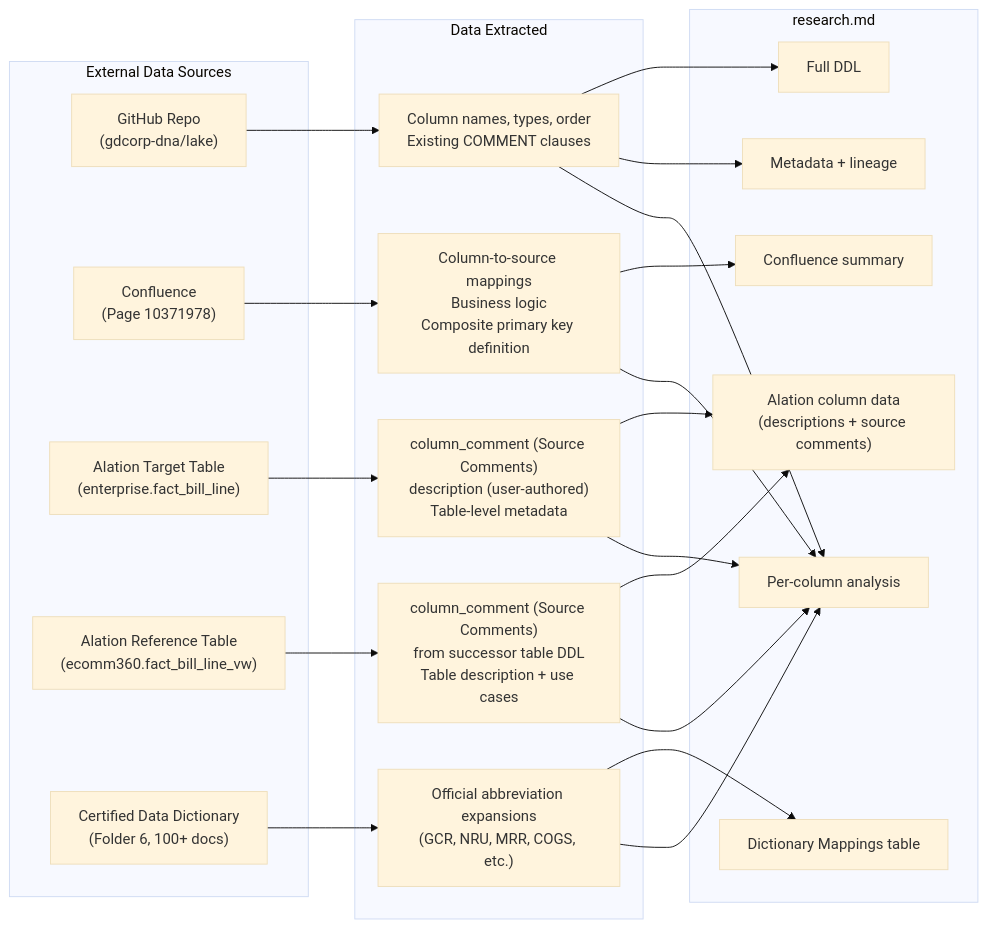
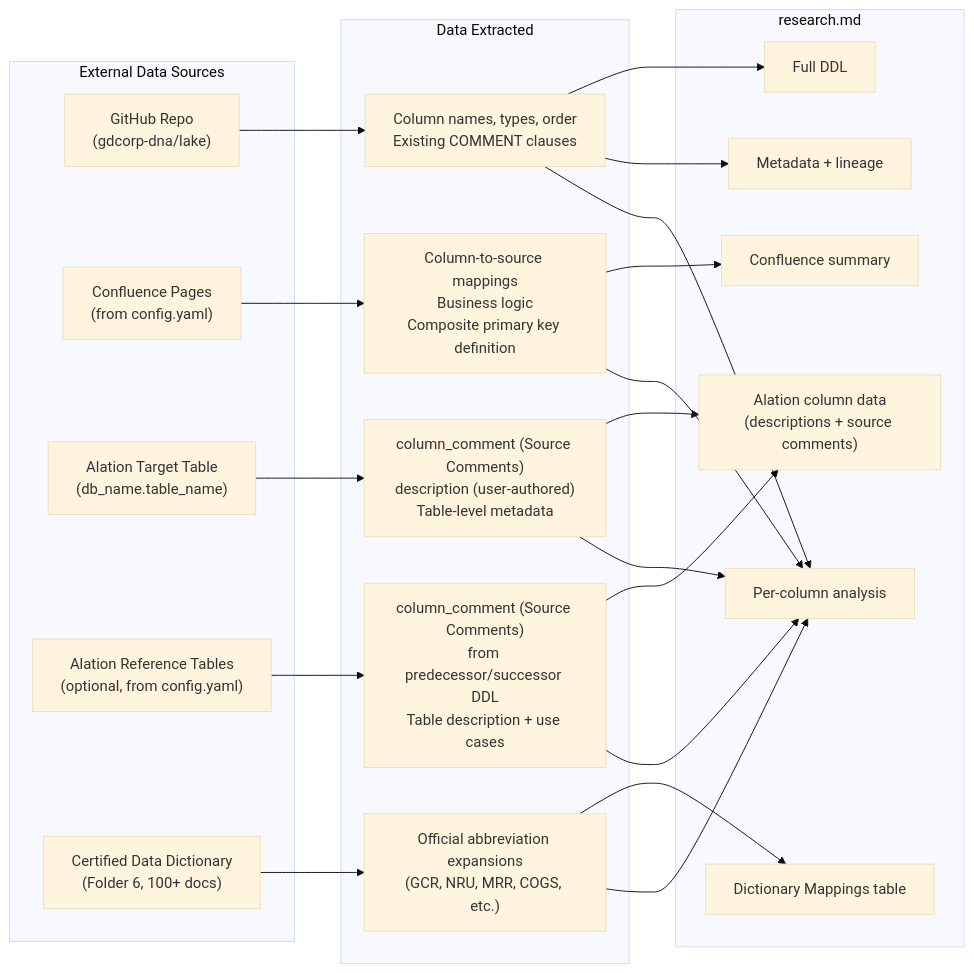
One commit to aghosh-godaddy/moon-unit-missions changed the second of 4 diagrams in missions/column-comments/docs/data-flow.md. Above: the diagram before and after it, drawn with Mermaid (base theme). The commit also changed other lines of this file and 4 other files, not shown here.

````diff
--- a/missions/column-comments/docs/data-flow.md
+++ b/missions/column-comments/docs/data-flow.md
@@ -80,41 +105,41 @@
 ```mermaid
 flowchart LR
     subgraph Sources["External Data Sources"]
         S1["GitHub Repo<br>(gdcorp-dna/lake)"]
-        S2["Confluence<br>(Page 10371978)"]
-        S3["Alation Target Table<br>(enterprise.fact_bill_line)"]
-        S4["Alation Reference Table<br>(ecomm360.fact_bill_line_vw)"]
+        S2["Confluence Pages<br>(from config.yaml)"]
+        S3["Alation Target Table<br>(db_name.table_name)"]
+        S4["Alation Reference Tables<br>(optional, from config.yaml)"]
         S5["Certified Data Dictionary<br>(Folder 6, 100+ docs)"]
     end
 
     subgraph Extracted["Data Extracted"]
         E1["Column names, types, order<br>Existing COMMENT clauses"]
         E2["Column-to-source mappings<br>Business logic<br>Composite primary key definition"]
         E3["column_comment (Source Comments)<br>description (user-authored)<br>Table-level metadata"]
-        E4["column_comment (Source Comments)<br>from successor table DDL<br>Table description + use cases"]
+        E4["column_comment (Source Comments)<br>from predecessor/successor DDL<br>Table description + use cases"]
         E5["Official abbreviation expansions<br>(GCR, NRU, MRR, COGS, etc.)"]
     end
 
     S1 --> E1
     S2 --> E2
     S3 --> E3
     S4 --> E4
     S5 --> E5
 
     subgraph Output["research.md"]
         O1["Full DDL"]
         O2["Metadata + lineage"]
         O3["Confluence summary"]
         O4["Alation column data<br>(descriptions + source comments)"]
         O5["Dictionary Mappings table"]
         O6["Per-column analysis"]
     end
 
     E1 --> O1
     E1 --> O2
     E2 --> O3
     E3 --> O4
     E4 --> O4
     E5 --> O5
     E1 & E2 & E3 & E4 & E5 --> O6
 ```
````
